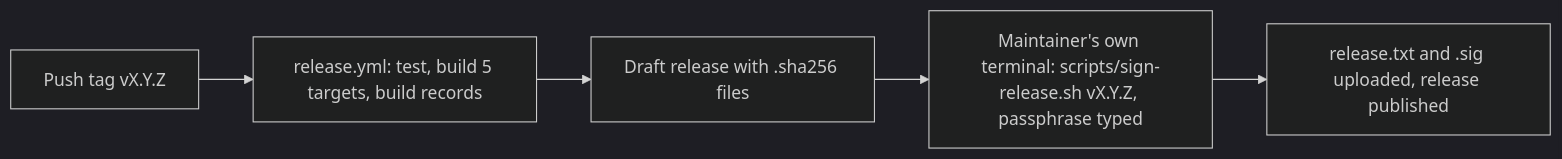
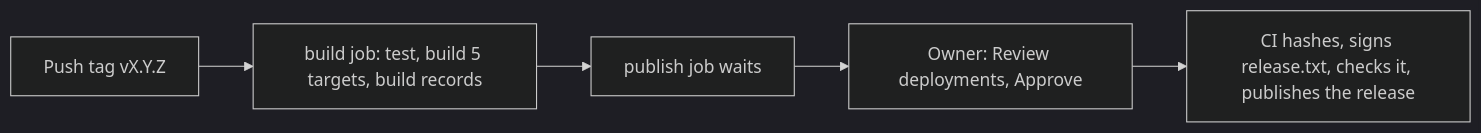
Before and after one commit to Phygital-Key/phygital-key: the diagram in CONTRIBUTING.md, drawn with Mermaid (dark theme). The commit also changed other lines of this file and 42 other files, not shown here.

Commit message:
Release signing with a GitHub environment key behind owner approval (scripts/release-key.sh), pinned release key; project moves to the Phygital-Key organisation

````diff
--- a/CONTRIBUTING.md
+++ b/CONTRIBUTING.md
@@ -111,7 +111,7 @@
 ```mermaid
 flowchart LR
-  T["Push tag vX.Y.Z"] --> CI["release.yml: test, build 5 targets, build records"]
-  CI --> D["Draft release with .sha256 files"]
-  D --> S["Maintainer's own terminal: scripts/sign-release.sh vX.Y.Z, passphrase typed"]
-  S --> P["release.txt and .sig uploaded, release published"]
+  T["Push tag vX.Y.Z"] --> CI["build job: test, build 5 targets, build records"]
+  CI --> W["publish job waits"]
+  W --> A["Owner: Review deployments, Approve"]
+  A --> P["CI hashes, signs release.txt, checks it, publishes the release"]
 ```
````
